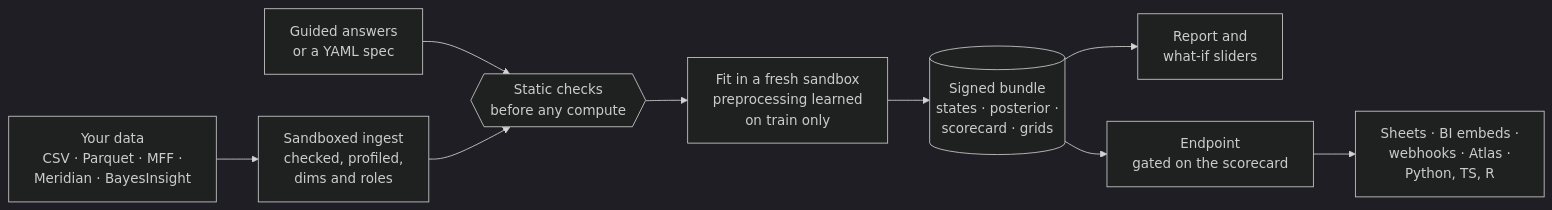
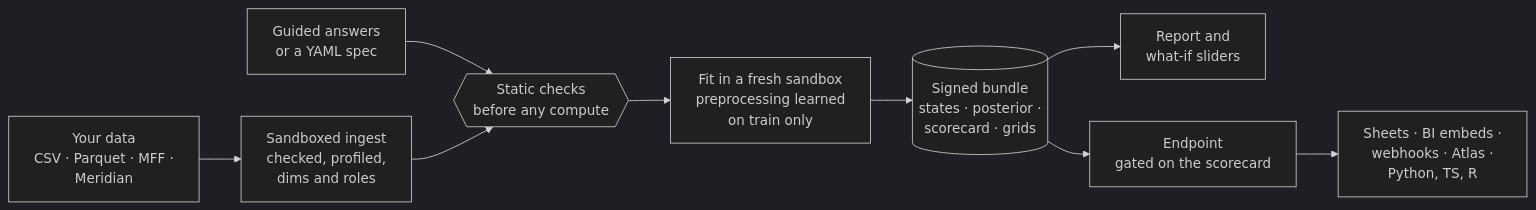
One commit to redam94/modeling-api changed the first of 2 diagrams in docs/index.md. Above: the diagram before and after it, drawn with Mermaid (dark theme). The commit also changed other lines of this file and 21 other files, not shown here.

First line of the commit message:
docs: workflows, governance and About cards; the v0.5 HTTP API; BayesInsight removed

````diff
--- a/docs/index.md
+++ b/docs/index.md
@@ -85,11 +85,11 @@
 ```mermaid
 flowchart LR
-    D["Your data<br/>CSV · Parquet · MFF ·<br/>Meridian · BayesInsight"] --> I["Sandboxed ingest<br/>checked, profiled,<br/>dims and roles"]
+    D["Your data<br/>CSV · Parquet · MFF ·<br/>Meridian"] --> I["Sandboxed ingest<br/>checked, profiled,<br/>dims and roles"]
     Q["Guided answers<br/>or a YAML spec"] --> V{{"Static checks<br/>before any compute"}}
     I --> V
     V --> F["Fit in a fresh sandbox<br/>preprocessing learned<br/>on train only"]
     F --> B[("Signed bundle<br/>states · posterior ·<br/>scorecard · grids")]
     B --> R["Report and<br/>what-if sliders"]
     B --> E["Endpoint<br/>gated on the scorecard"]
     E --> S["Sheets · BI embeds ·<br/>webhooks · Atlas ·<br/>Python, TS, R"]
 ```
````
